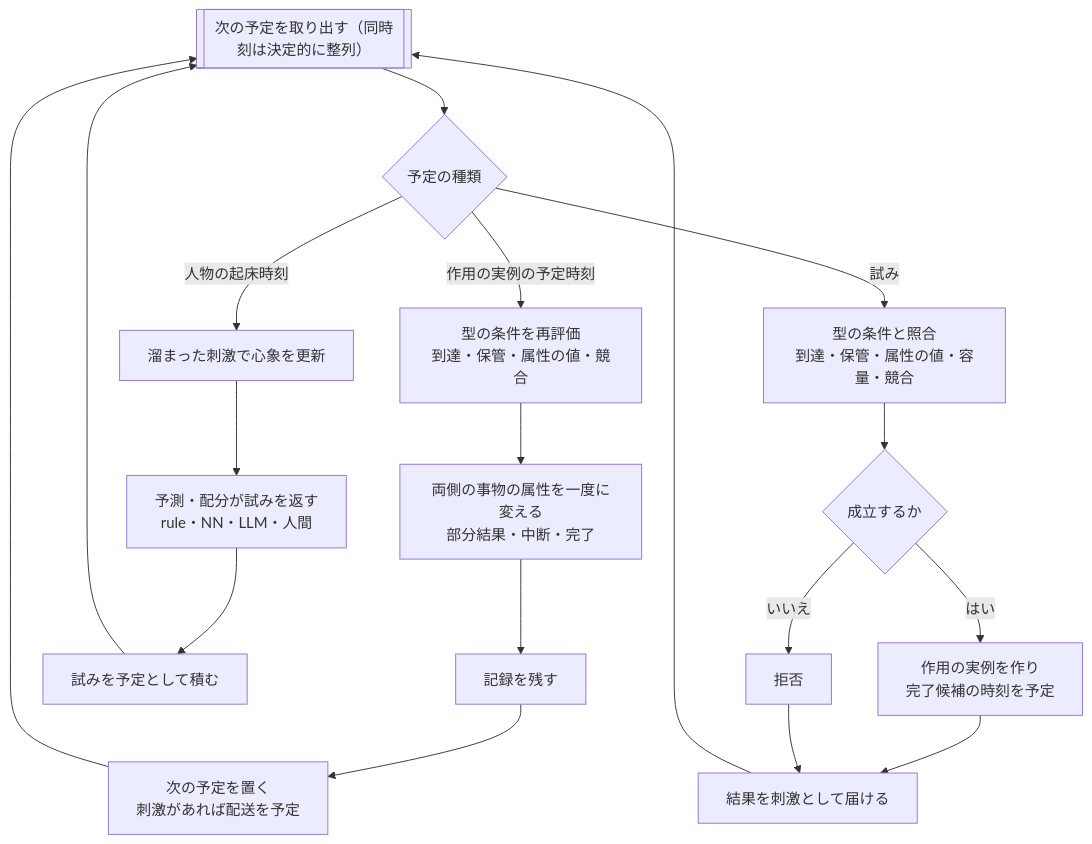
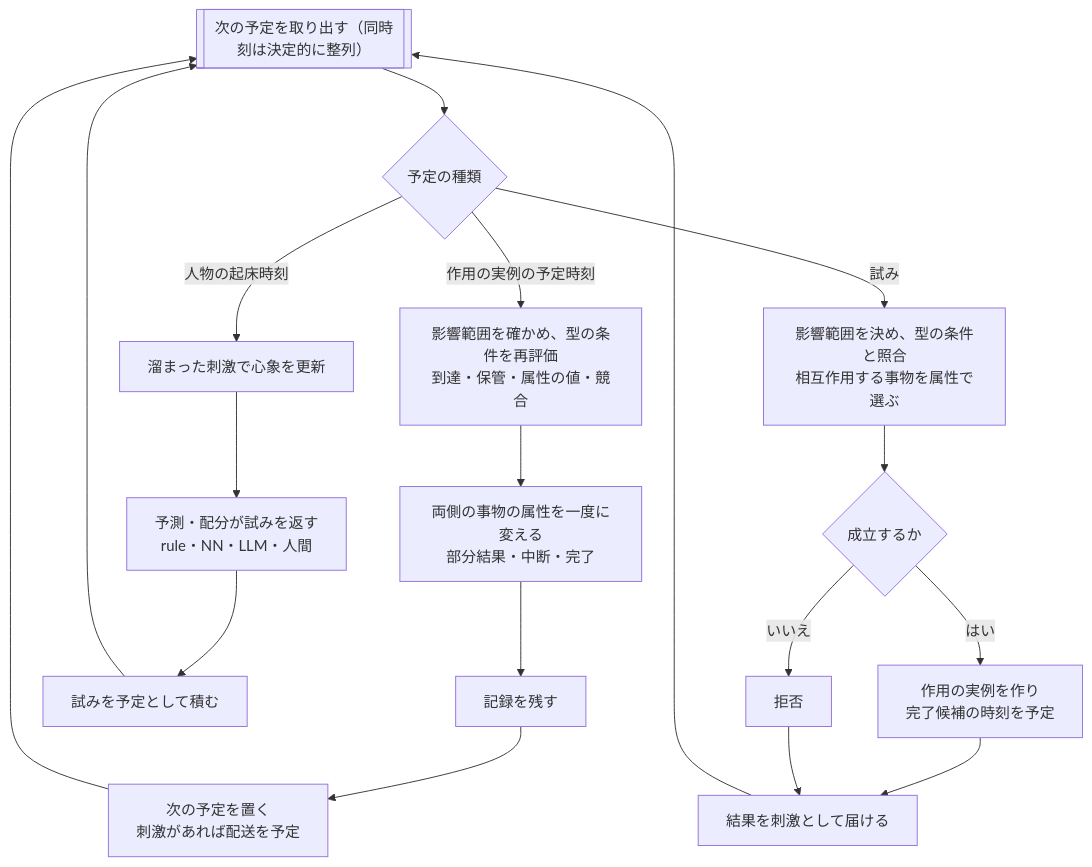
The second of 2 diagrams in docs/DESIGN.md (demerzel09/Medieval-Simulator), drawn with Mermaid before and after one commit. The commit also changed other lines of this file and 10 other files, not shown here.

````diff
--- a/docs/DESIGN.md
+++ b/docs/DESIGN.md
@@ -91,20 +97,20 @@
 ```mermaid
 flowchart TD
   Q[["次の予定を取り出す（同時刻は決定的に整列）"]] --> K{予定の種類}
-  K -->|"作用の実例の予定時刻"| A1["型の条件を再評価<br/>到達・保管・属性の値・競合"]
+  K -->|"作用の実例の予定時刻"| A1["影響範囲を確かめ、型の条件を再評価<br/>到達・保管・属性の値・競合"]
   A1 --> A2["両側の事物の属性を一度に変える<br/>部分結果・中断・完了"]
   A2 --> A3["記録を残す"]
   A3 --> A4["次の予定を置く<br/>刺激があれば配送を予定"]
   A4 --> Q
   K -->|"人物の起床時刻"| B1["溜まった刺激で心象を更新"]
   B1 --> B2["予測・配分が試みを返す<br/>rule・NN・LLM・人間"]
   B2 --> B3["試みを予定として積む"]
   B3 --> Q
-  K -->|"試み"| C1["型の条件と照合<br/>到達・保管・属性の値・容量・競合"]
+  K -->|"試み"| C1["影響範囲を決め、型の条件と照合<br/>相互作用する事物を属性で選ぶ"]
   C1 --> C2{"成立するか"}
   C2 -->|"はい"| C3["作用の実例を作り<br/>完了候補の時刻を予定"]
   C2 -->|"いいえ"| C5["拒否"]
   C3 --> C4["結果を刺激として届ける"]
   C5 --> C4
   C4 --> Q
 ```
````
